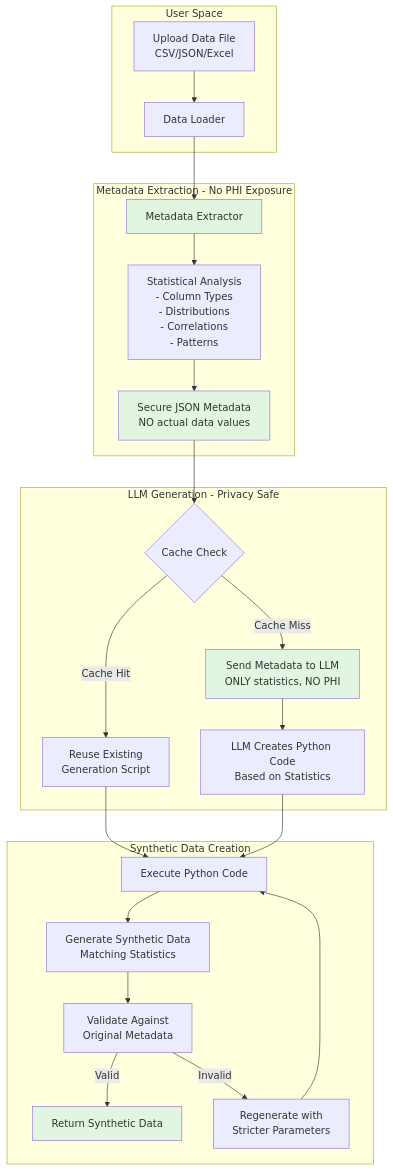
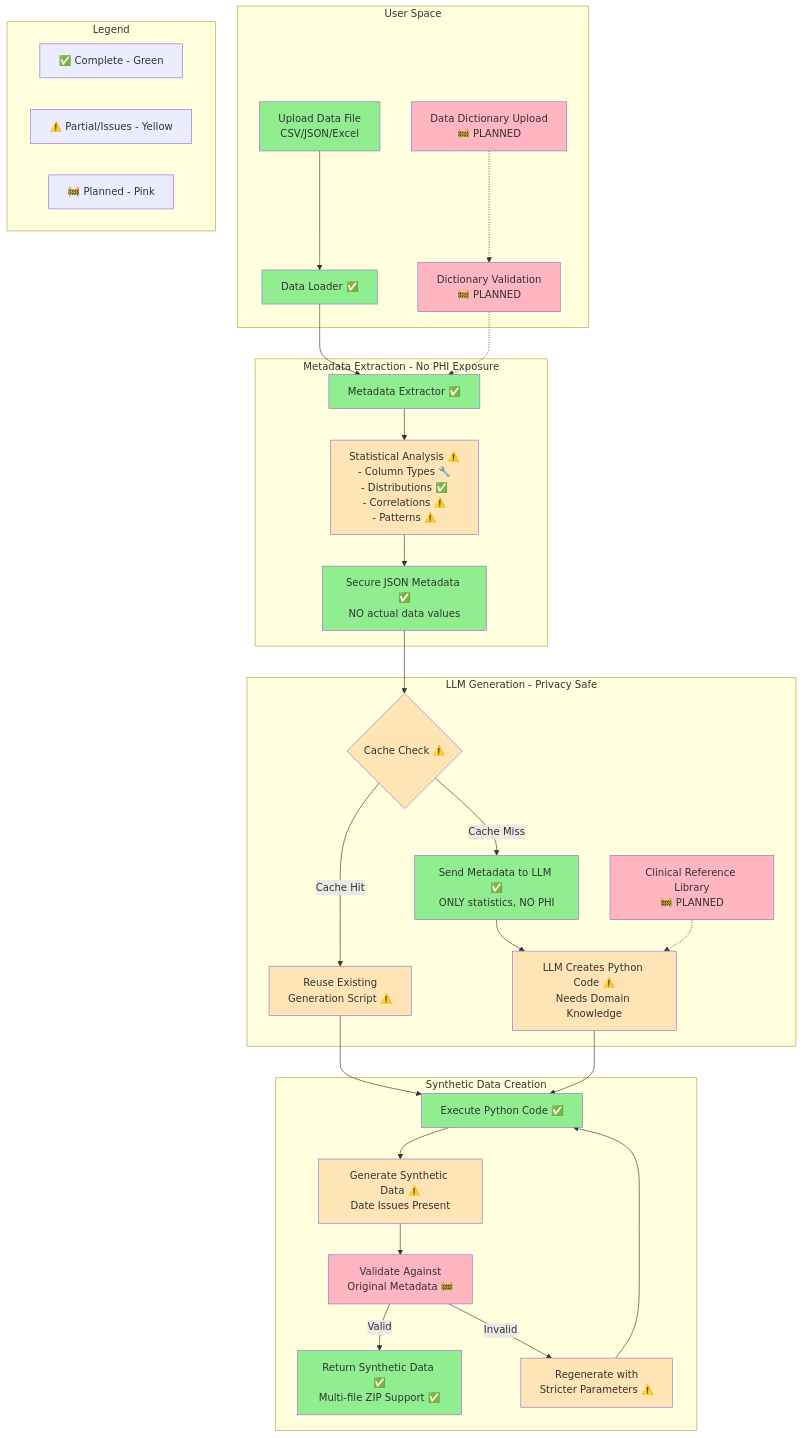
Before and after one commit to sagearbor/Create-mockData-from-real-file: the diagram in docs/architecture-diagram.md, drawn with Mermaid. The commit also changed 10 other files, not shown here.

````diff
--- a/docs/architecture-diagram.md
+++ b/docs/architecture-diagram.md
@@ -5,34 +5,60 @@
 ```mermaid
 graph TB
     subgraph "User Space"
-        A[Upload Data File<br/>CSV/JSON/Excel] --> B[Data Loader]
+        A[Upload Data File<br/>CSV/JSON/Excel] --> B[Data Loader ✅]
+        DD[Data Dictionary Upload<br/>🚧 PLANNED] -.-> VAL[Dictionary Validation<br/>🚧 PLANNED]
     end
 
     subgraph "Metadata Extraction - No PHI Exposure"
-        B --> C[Metadata Extractor]
-        C --> D[Statistical Analysis<br/>- Column Types<br/>- Distributions<br/>- Correlations<br/>- Patterns]
-        D --> E[Secure JSON Metadata<br/>NO actual data values]
+        B --> C[Metadata Extractor ✅]
+        C --> D[Statistical Analysis ⚠️<br/>- Column Types 🔧<br/>- Distributions ✅<br/>- Correlations ⚠️<br/>- Patterns ⚠️]
+        D --> E[Secure JSON Metadata ✅<br/>NO actual data values]
+        VAL -.-> C
     end
 
     subgraph "LLM Generation - Privacy Safe"
-        E --> F{Cache Check}
-        F -->|Cache Hit| G[Reuse Existing<br/>Generation Script]
-        F -->|Cache Miss| H[Send Metadata to LLM<br/>ONLY statistics, NO PHI]
-        H --> I[LLM Creates Python Code<br/>Based on Statistics]
+        E --> F{Cache Check ⚠️}
+        F -->|Cache Hit| G[Reuse Existing<br/>Generation Script ⚠️]
+        F -->|Cache Miss| H[Send Metadata to LLM ✅<br/>ONLY statistics, NO PHI]
+        H --> I[LLM Creates Python Code ⚠️<br/>Needs Domain Knowledge]
+        REF[Clinical Reference Library<br/>🚧 PLANNED] -.-> I
     end
 
     subgraph "Synthetic Data Creation"
-        G --> J[Execute Python Code]
+        G --> J[Execute Python Code ✅]
         I --> J
-        J --> K[Generate Synthetic Data<br/>Matching Statistics]
-        K --> L[Validate Against<br/>Original Metadata]
-        L -->|Valid| M[Return Synthetic Data]
-        L -->|Invalid| N[Regenerate with<br/>Stricter Parameters]
+        J --> K[Generate Synthetic Data ⚠️<br/>Date Issues Present]
+        K --> L[Validate Against<br/>Original Metadata 🚧]
+        L -->|Valid| M[Return Synthetic Data ✅<br/>Multi-file ZIP Support ✅]
+        L -->|Invalid| N[Regenerate with<br/>Stricter Parameters ⚠️]
         N --> J
     end
 
-    style C fill:#e1f5e1
-    style E fill:#e1f5e1
-    style H fill:#e1f5e1
-    style M fill:#e1f5e1
+    %% Color coding for development status
+    style A fill:#90EE90
+    style B fill:#90EE90
+    style C fill:#90EE90
+    style E fill:#90EE90
+    style H fill:#90EE90
+    style J fill:#90EE90
+    style M fill:#90EE90
+
+    style D fill:#FFE4B5
+    style F fill:#FFE4B5
+    style G fill:#FFE4B5
+    style I fill:#FFE4B5
+    style K fill:#FFE4B5
+    style N fill:#FFE4B5
+
+    style DD fill:#FFB6C1
+    style VAL fill:#FFB6C1
+    style REF fill:#FFB6C1
+    style L fill:#FFB6C1
+
+    %% Legend
+    subgraph "Legend"
+        L1[✅ Complete - Green]
+        L2[⚠️ Partial/Issues - Yellow]
+        L3[🚧 Planned - Pink]
+    end
 ```
````
